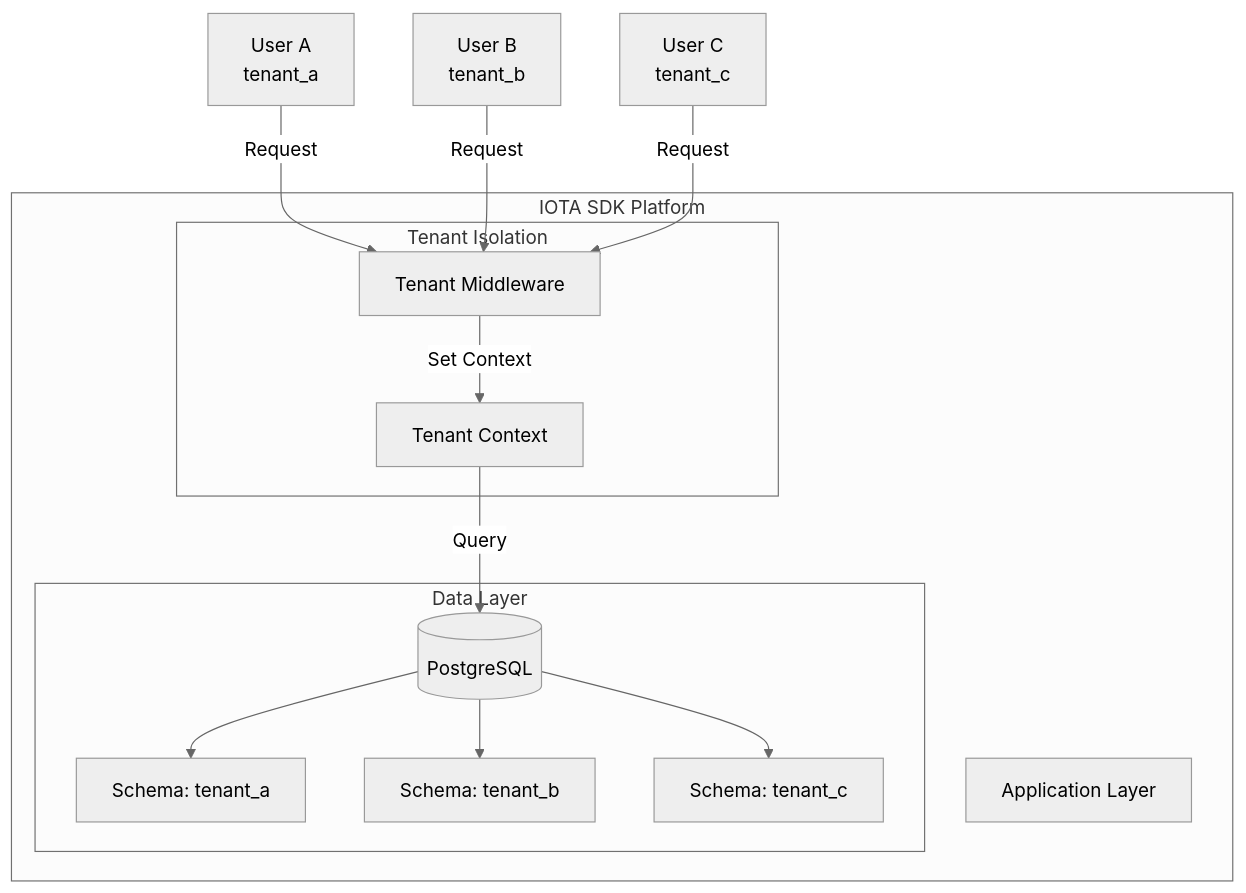
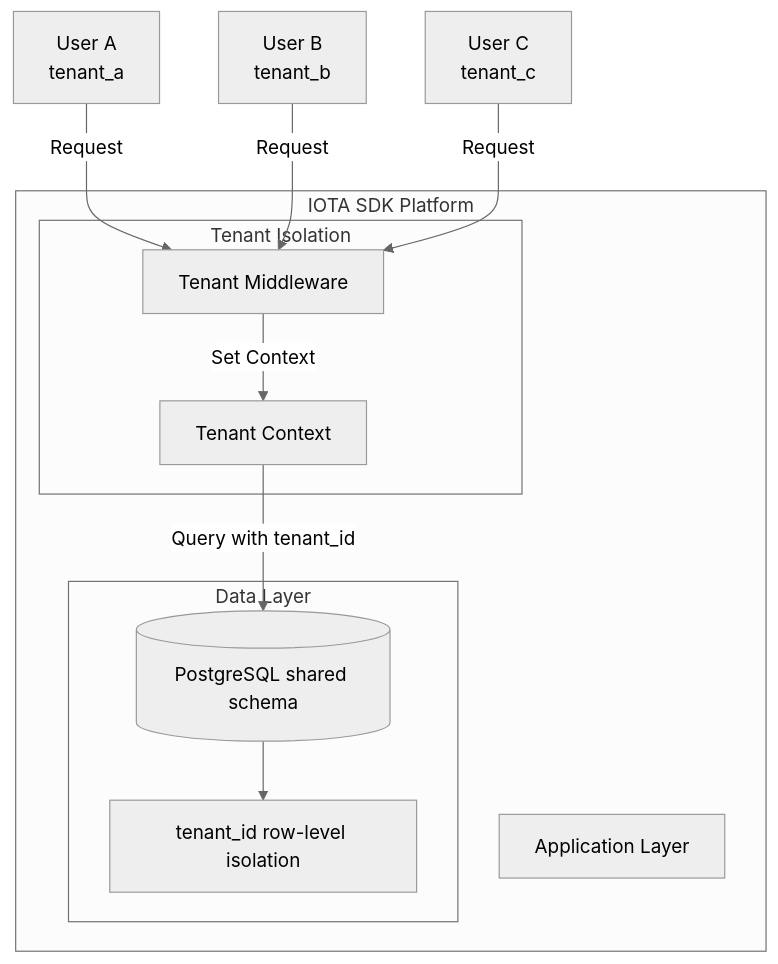
Before and after one commit to iota-uz/iota-sdk: the first of 11 diagrams in docs/content/architecture/multi-tenancy.mdx, drawn with Mermaid (neutral theme). The commit also changed other lines of this file and 4 other files, not shown here.

First line of the commit message:
docs: fix architecture (BuiltInModules, multi-tenancy, frontend, DDD)

````diff
--- a/docs/content/architecture/multi-tenancy.mdx
+++ b/docs/content/architecture/multi-tenancy.mdx
@@ -12,28 +12,24 @@
 ```mermaid
 graph TB
     subgraph "IOTA SDK Platform"
         App[Application Layer]
         
         subgraph "Tenant Isolation"
             Middleware[Tenant Middleware]
             Context[Tenant Context]
         end
         
         subgraph "Data Layer"
-            DB[(PostgreSQL)]
-            SchemaA["Schema: tenant_a"]
-            SchemaB["Schema: tenant_b"]
-            SchemaC["Schema: tenant_c"]
+            DB[(PostgreSQL shared schema)]
+            TID[tenant_id row-level isolation]
         end
+        DB --> TID
     end
     
     UserA["User A<br/>tenant_a"] -->|Request| Middleware
     UserB["User B<br/>tenant_b"] -->|Request| Middleware
     UserC["User C<br/>tenant_c"] -->|Request| Middleware
     
     Middleware -->|Set Context| Context
-    Context -->|Query| DB
-    DB --> SchemaA
-    DB --> SchemaB
-    DB --> SchemaC
+    Context -->|Query with tenant_id| DB
 ```
````
